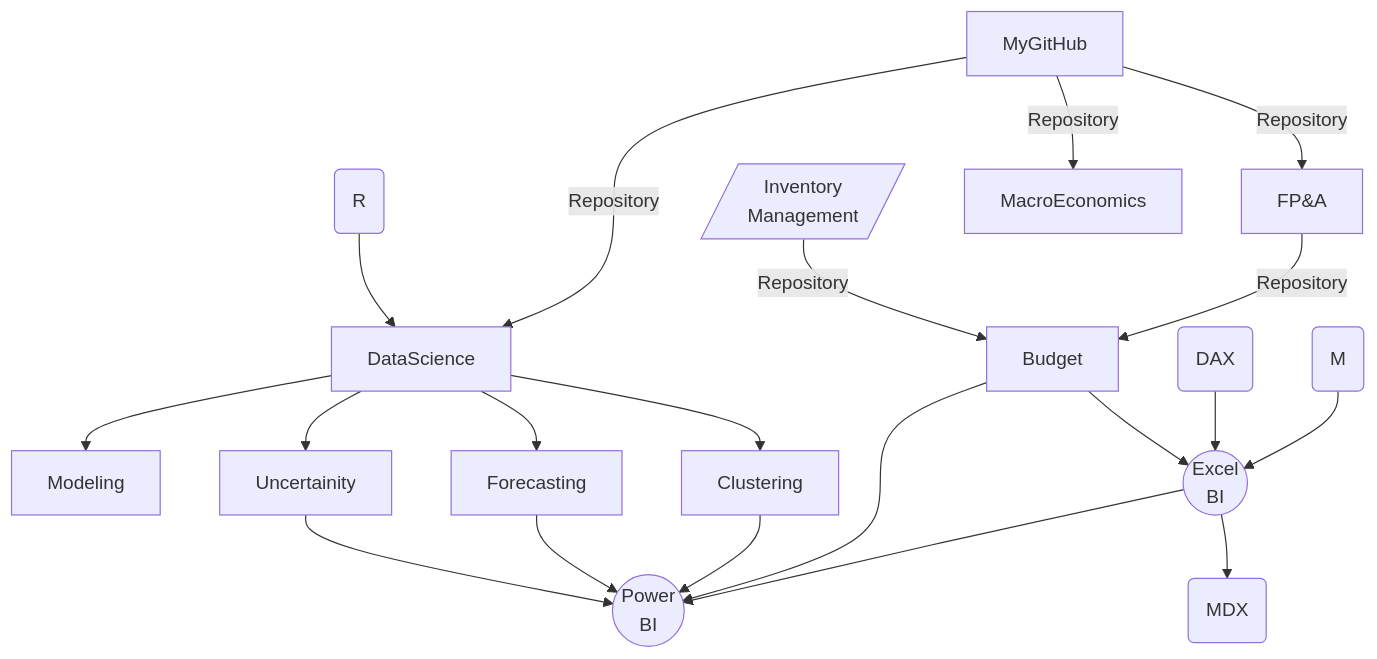
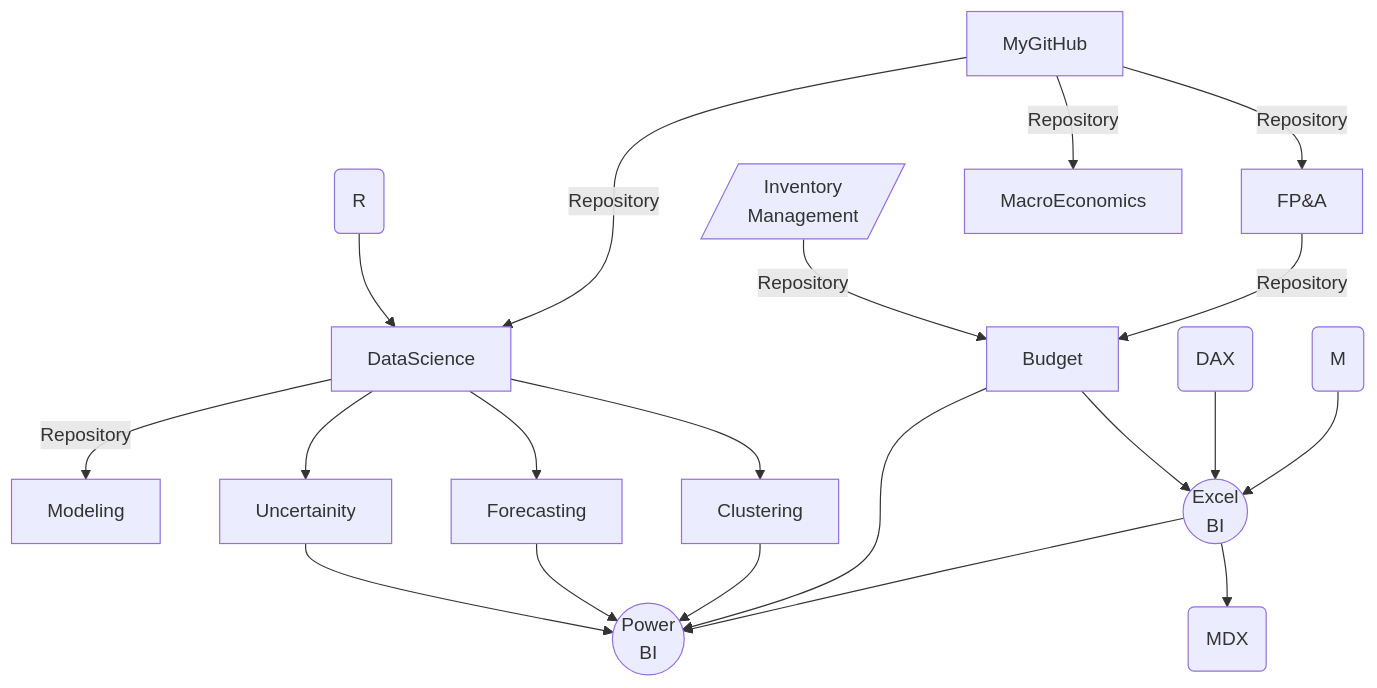
One commit to md3629/md3629 changed the diagram in README.md. Above: the diagram before and after it, drawn with Mermaid.

````diff
--- a/README.md
+++ b/README.md
@@ -9,22 +9,22 @@
 ```mermaid
 graph TD;
     MyGitHub-->|Repository|FP&A;
     Inv[/Inventory<br>Management/]-->|Repository|Budget;
     FP&A-->|Repository|Budget;
     R( R )-->DataScience;
     MyGitHub-->|Repository|DataScience;
     MyGitHub-->|Repository|MacroEconomics;
-    DataScience-->Modeling;
+    DataScience--Repository-->Modeling;
     DataScience-->Forecasting;
     DataScience-->Clustering;
     DataScience-->Uncertainity;
     Uncertainity-->P((Power<br>BI));
     Forecasting-->P((Power<br>BI));
     Clustering-->P((Power<br>BI));
     Budget-->P((Power<br>BI));
     Budget-->E((Excel<br>BI));
     D(DAX)-->E((Excel<br>BI));
     M(M)-->E((Excel<br>BI));
     E((Excel<br>BI))-->P((Power<br>BI));
     E((Excel<br>BI))-->A(MDX);
 ```
````
